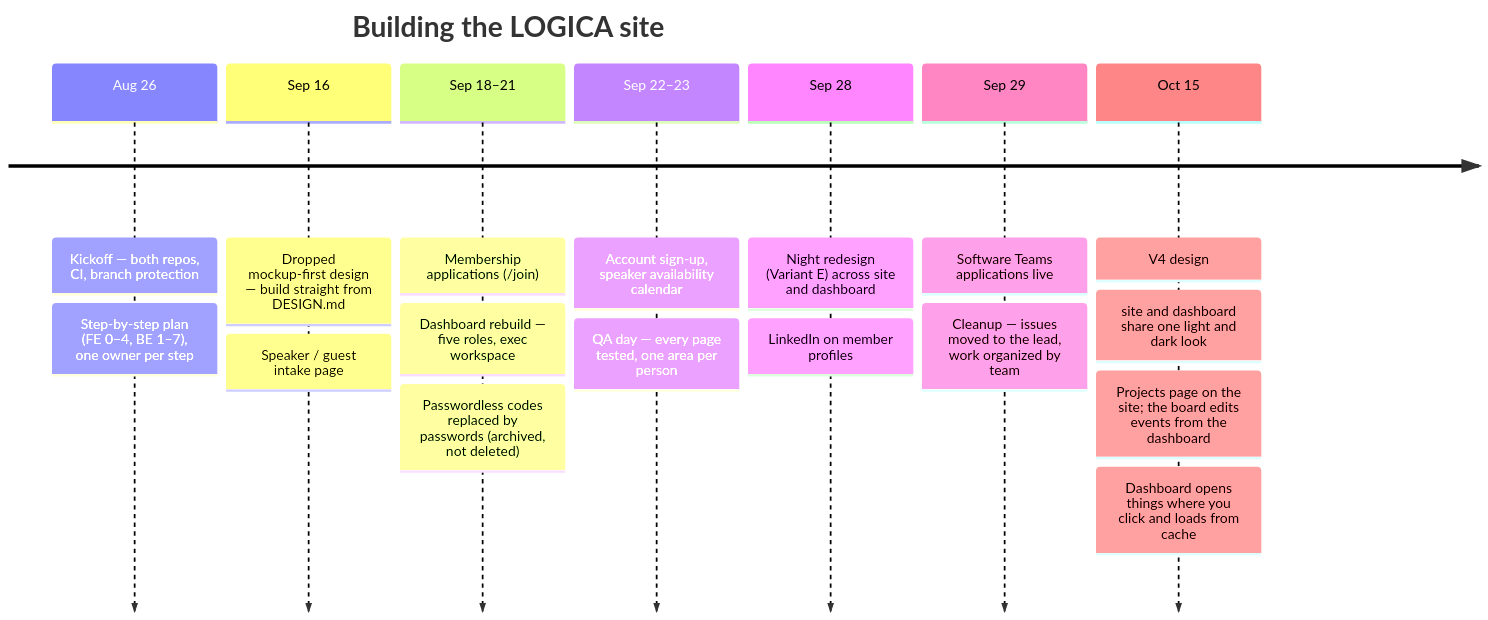
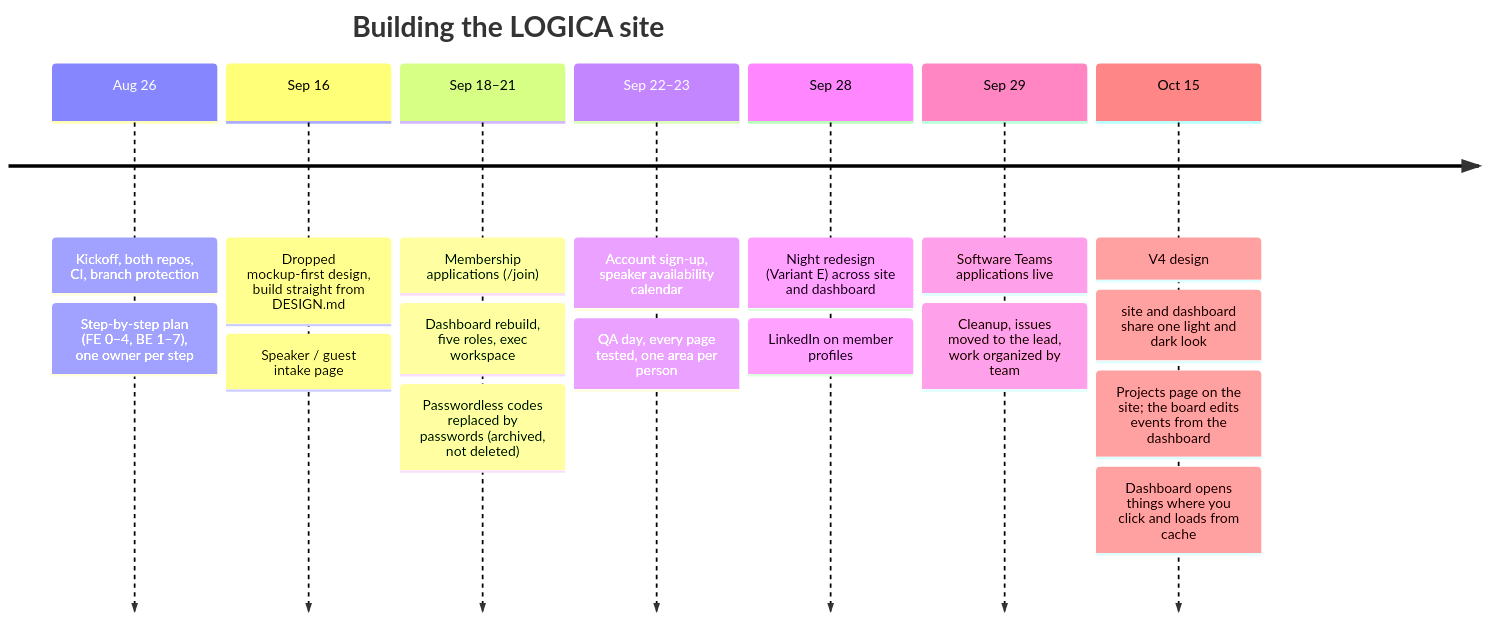
The second of 2 diagrams in ROADMAP.md (uic-logica/.github), drawn with Mermaid before and after one commit. The commit also changed other lines of this file and 5 other files, not shown here.

````diff
--- a/ROADMAP.md
+++ b/ROADMAP.md
@@ -55,20 +55,20 @@
 ```mermaid
 timeline
   title Building the LOGICA site
-  Aug 26 : Kickoff — both repos, CI, branch protection
+  Aug 26 : Kickoff, both repos, CI, branch protection
          : Step-by-step plan (FE 0–4, BE 1–7), one owner per step
-  Sep 16 : Dropped mockup-first design — build straight from DESIGN.md
+  Sep 16 : Dropped mockup-first design, build straight from DESIGN.md
          : Speaker / guest intake page
   Sep 18–21 : Membership applications (/join)
-            : Dashboard rebuild — five roles, exec workspace
+            : Dashboard rebuild, five roles, exec workspace
             : Passwordless codes replaced by passwords (archived, not deleted)
   Sep 22–23 : Account sign-up, speaker availability calendar
-            : QA day — every page tested, one area per person
+            : QA day, every page tested, one area per person
   Sep 28 : Night redesign (Variant E) across site and dashboard
          : LinkedIn on member profiles
   Sep 29 : Software Teams applications live
-         : Cleanup — issues moved to the lead, work organized by team
+         : Cleanup, issues moved to the lead, work organized by team
   Oct 15 : V4 design: site and dashboard share one light and dark look
          : Projects page on the site; the board edits events from the dashboard
          : Dashboard opens things where you click and loads from cache
 ```
````
